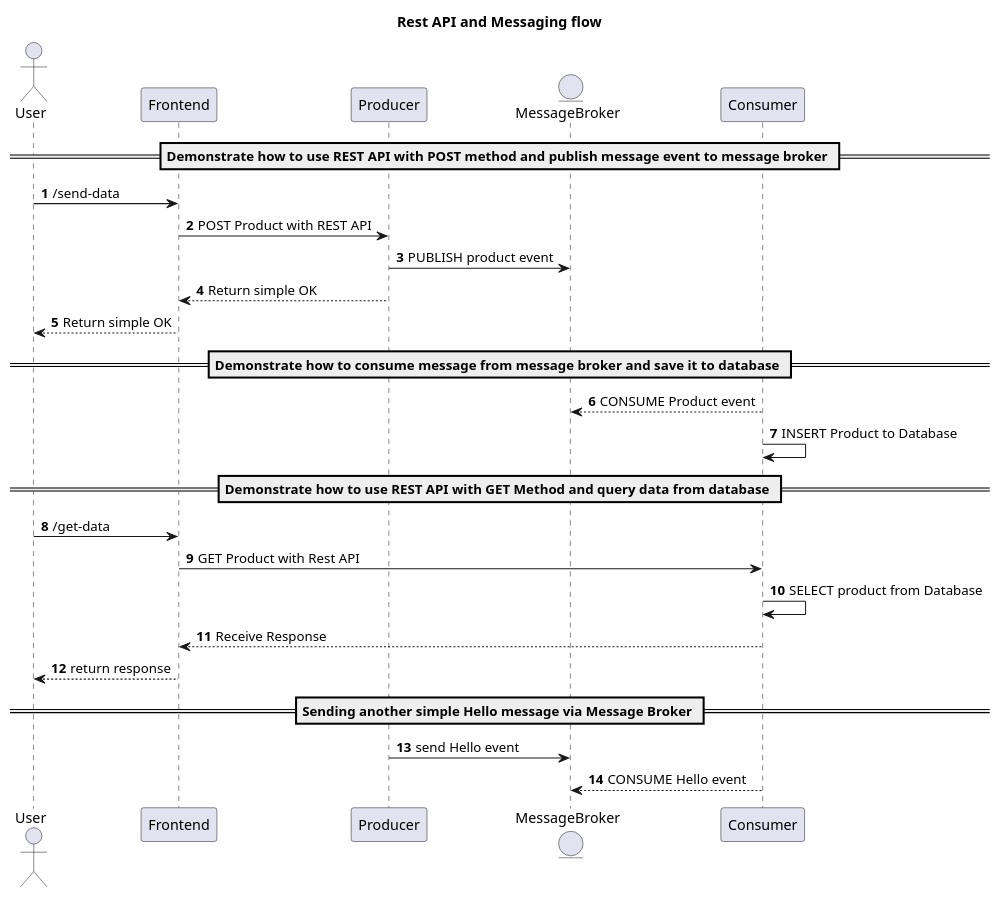
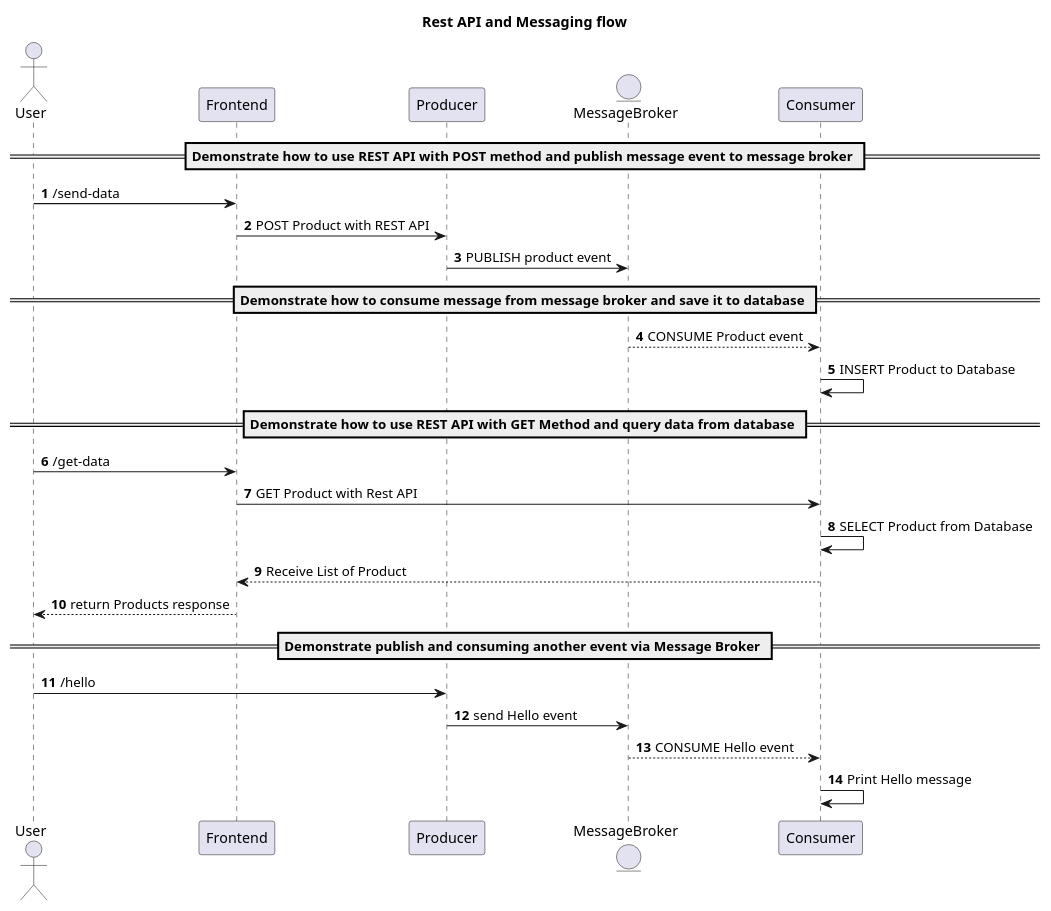
The diagram in diagram.wsd (mirzaakhena/rest-messaging-db), drawn with PlantUML before and after one commit. The commit also changed 1 other file, not shown here.

Commit message:
update diagram and README

```diff
--- a/diagram.wsd
+++ b/diagram.wsd
@@ -1,36 +1,36 @@
 @startuml
 title Rest API and Messaging flow
 autonumber
 actor User
 participant Frontend
 participant Producer
 entity MessageBroker
 participant Consumer
 
 == Demonstrate how to use REST API with POST method and publish message event to message broker ==
 
 User -> Frontend: /send-data
 Frontend -> Producer: POST Product with REST API
 Producer -> MessageBroker: PUBLISH product event
-Producer --> Frontend: Return simple OK
-Frontend --> User: Return simple OK
 
 == Demonstrate how to consume message from message broker and save it to database ==
 
-MessageBroker <-- Consumer: CONSUME Product event 
+MessageBroker --> Consumer: CONSUME Product event 
 Consumer -> Consumer: INSERT Product to Database
 
 == Demonstrate how to use REST API with GET Method and query data from database ==
 
 User -> Frontend: /get-data
 Frontend -> Consumer: GET Product with Rest API
-Consumer -> Consumer: SELECT product from Database
-Consumer --> Frontend: Receive Response
-Frontend --> User: return response
+Consumer -> Consumer: SELECT Product from Database
+Consumer --> Frontend: Receive List of Product
+Frontend --> User: return Products response
 
-== Sending another simple Hello message via Message Broker ==
+== Demonstrate publish and consuming another event via Message Broker ==
 
+User -> Producer: /hello
 Producer -> MessageBroker: send Hello event
-MessageBroker <-- Consumer: CONSUME Hello event
+MessageBroker --> Consumer: CONSUME Hello event
+Consumer -> Consumer: Print Hello message
 
 @enduml
```
